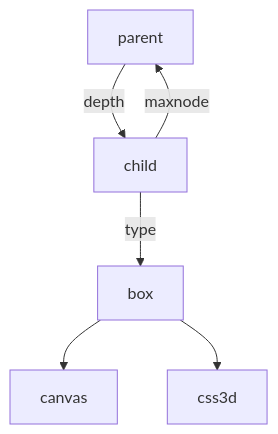
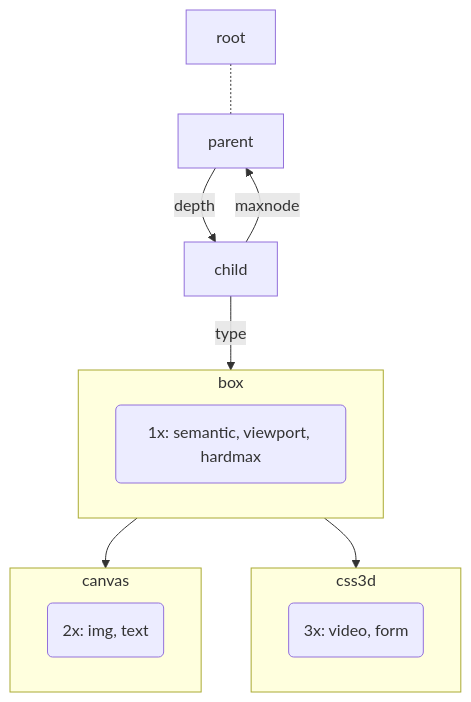
The diagram in README.md (KurtPachinger/mpos-precept), drawn with Mermaid before and after one commit.

````diff
--- a/README.md
+++ b/README.md
@@ -5,18 +5,25 @@
 ```mermaid
-flowchart TB;
+graph TB;
 
 
+subgraph box
+  b("1x: semantic, viewport, hardmax")
+end
 
+subgraph canvas
+  c("2x: img, text")
+end
 
+subgraph css3d
+  s("3x: video, form")
+end
 
-
+root -.- parent
 parent--depth-->child
 child--maxnode-->parent
 child--type-->box
-
-
 
 box-->canvas
 box-->css3d
 
 ```
````
